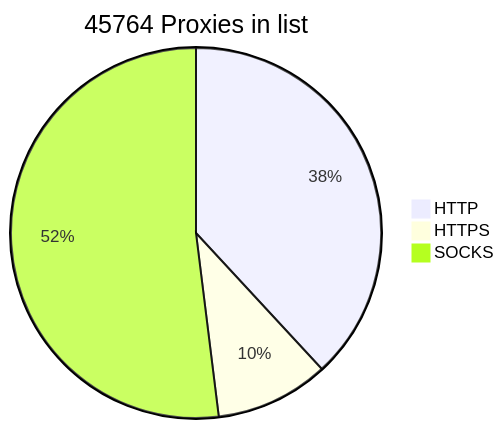
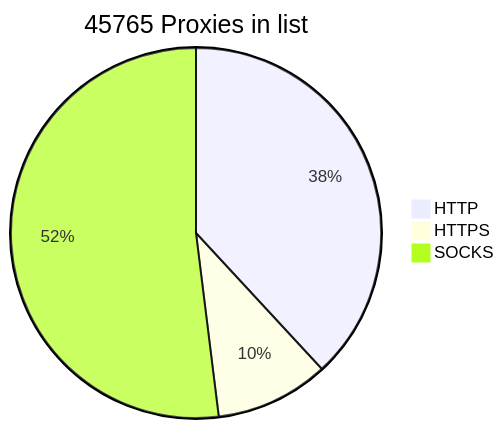
The diagram in README.md (BlackSnowDot/proxylist-update-every-minute), drawn with Mermaid before and after one commit.

````diff
--- a/README.md
+++ b/README.md
@@ -2,6 +2,6 @@
 ```mermaid
-pie title 45764 Proxies in list
+pie title 45765 Proxies in list
     "HTTP" : 19058
-    "HTTPS": 4957
+    "HTTPS": 4958
     "SOCKS" : 25981
 ```
````
